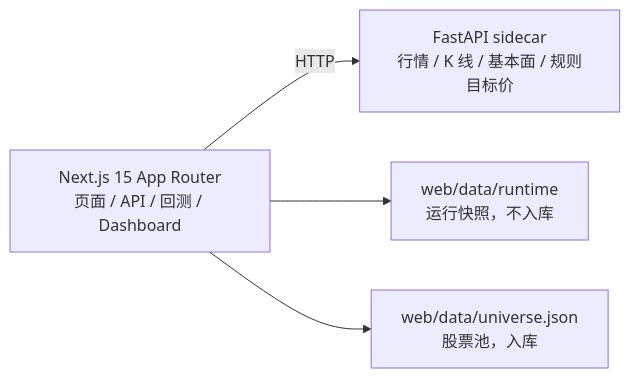
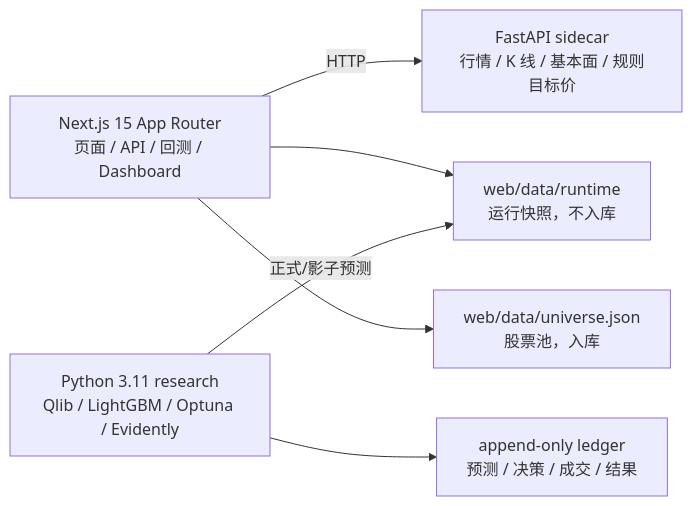
One commit to wuchengze003-cloud/ashare-pilot changed the diagram in README.md. Above: the diagram before and after it, drawn with Mermaid. The commit also changed other lines of this file and 85 other files, not shown here.

````diff
--- a/README.md
+++ b/README.md
@@ -18,11 +21,15 @@
 ```mermaid
 flowchart LR
   web["Next.js 15 App Router<br/>页面 / API / 回测 / Dashboard"]
   py["FastAPI sidecar<br/>行情 / K 线 / 基本面 / 规则目标价"]
   runtime["web/data/runtime<br/>运行快照，不入库"]
   universe["web/data/universe.json<br/>股票池，入库"]
+  research["Python 3.11 research<br/>Qlib / LightGBM / Optuna / Evidently"]
+  ledger["append-only ledger<br/>预测 / 决策 / 成交 / 结果"]
 
   web -- HTTP --> py
   web --> runtime
   web --> universe
+  research --> ledger
+  research -- "正式/影子预测" --> runtime
 ```
````
